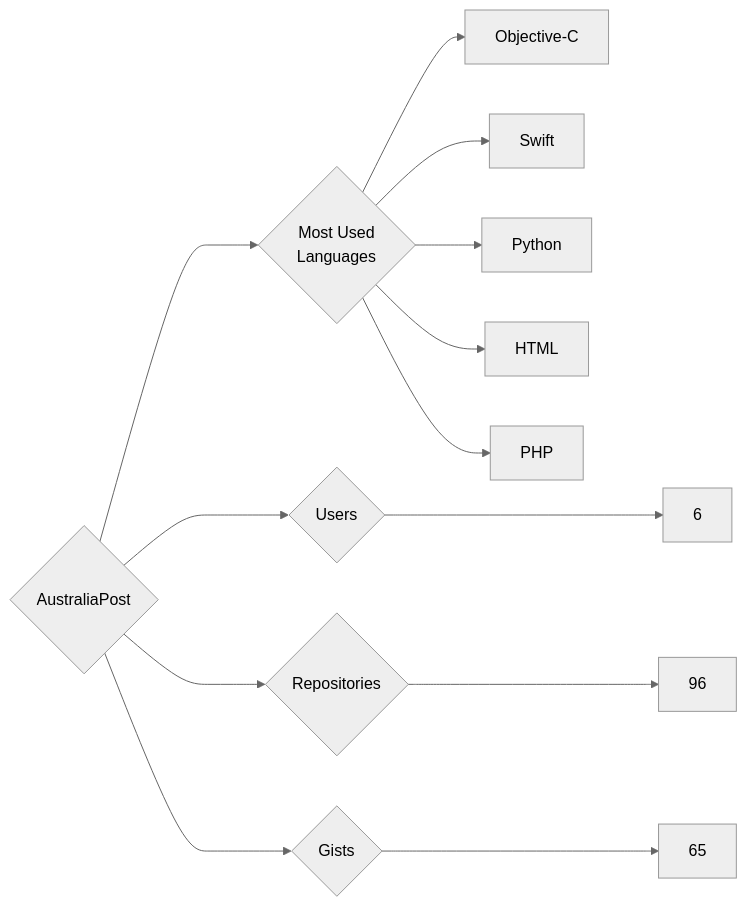
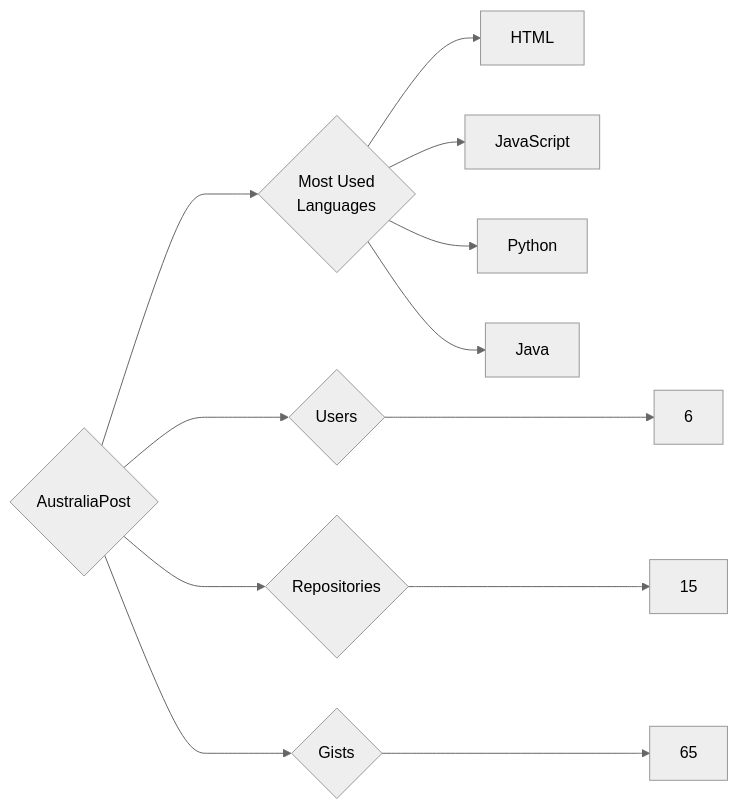
The diagram in targets/AustraliaPost/README.md (trickest/insiders), drawn with Mermaid (neutral theme) before and after one commit. The commit also changed 1166 other files, not shown here.

````diff
--- a/targets/AustraliaPost/README.md
+++ b/targets/AustraliaPost/README.md
@@ -3,13 +3,12 @@
 ```mermaid
 graph LR
 COMPANY_NAME{AustraliaPost}
 COMPANY_NAME ---> U{Users} ---> UN[6]
-COMPANY_NAME ---> R{Repositories} ---> RN[96]
+COMPANY_NAME ---> R{Repositories} ---> RN[15]
 COMPANY_NAME ---> G{Gists} ---> GN[65]
 COMPANY_NAME ---> ML{Most Used<br>Languages}
-ML --> Objective-C[Objective-C]
-ML --> Swift[Swift]
+ML --> HTML[HTML]
+ML --> JavaScript[JavaScript]
 ML --> Python[Python]
-ML --> HTML[HTML]
-ML --> PHP[PHP]
+ML --> Java[Java]
 ```
````
